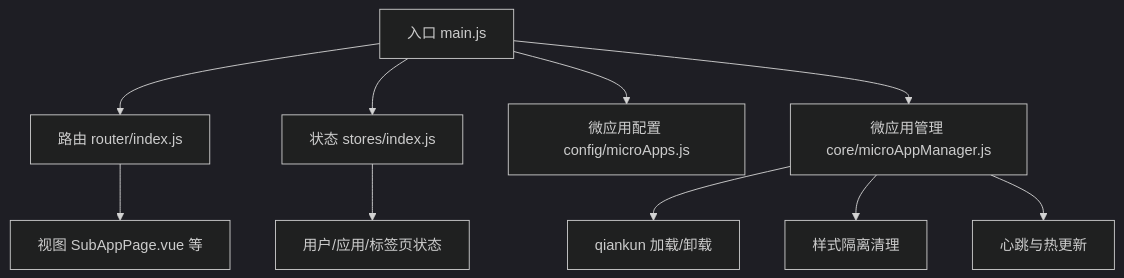
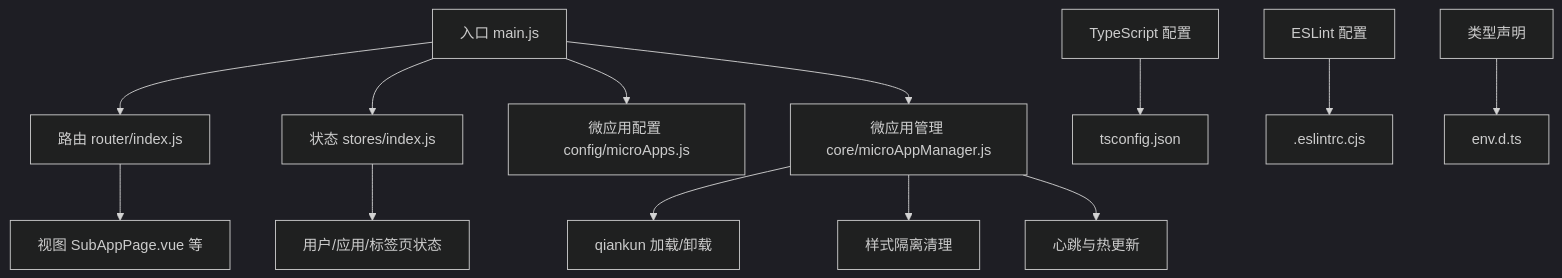
One commit to my-Sitara/artisan-base-frontend changed the first of 4 diagrams in .qoder/repowiki/zh/content/应用开发/主应用开发.md. Above: the diagram before and after it, drawn with Mermaid (dark theme). The commit also changed other lines of this file and 35 other files, not shown here.

````diff
--- a/.qoder/repowiki/zh/content/应用开发/主应用开发.md
+++ b/.qoder/repowiki/zh/content/应用开发/主应用开发.md
@@ -39,12 +59,15 @@
 ```mermaid
 graph TB
 A["入口 main.js"] --> B["路由 router/index.js"]
 A --> C["状态 stores/index.js"]
 A --> D["微应用配置 config/microApps.js"]
 A --> E["微应用管理 core/microAppManager.js"]
 E --> F["qiankun 加载/卸载"]
 E --> G["样式隔离清理"]
 E --> H["心跳与热更新"]
 B --> I["视图 SubAppPage.vue 等"]
 C --> J["用户/应用/标签页状态"]
+K["TypeScript 配置"] --> L["tsconfig.json"]
+M["ESLint 配置"] --> N[".eslintrc.cjs"]
+O["类型声明"] --> P["env.d.ts"]
 ```
````
